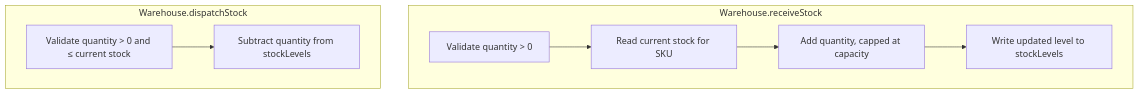
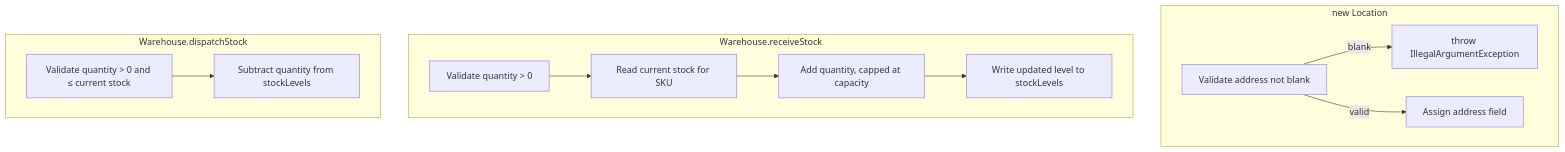
One commit to nichom01/GitHub-bob-demo changed the diagram in docs/diagrams/workflow.md. Above: the diagram before and after it, drawn with Mermaid. The commit also changed 2 other files, not shown here.

Commit message:
docs: auto-update release notes and diagrams via Bob

````diff
--- a/docs/diagrams/workflow.md
+++ b/docs/diagrams/workflow.md
@@ -3,12 +3,17 @@
 ```mermaid
 flowchart TD
+    subgraph locationNew[new Location]
+        L1[Validate address not blank] -->|blank| L2[throw IllegalArgumentException]
+        L1 -->|valid| L3[Assign address field]
+    end
+
     subgraph receiveStock[Warehouse.receiveStock]
         RS1[Validate quantity > 0] --> RS2[Read current stock for SKU]
         RS2 --> RS3[Add quantity, capped at capacity]
         RS3 --> RS4[Write updated level to stockLevels]
     end
 
     subgraph dispatchStock[Warehouse.dispatchStock]
         DS1[Validate quantity > 0 and ≤ current stock] --> DS2[Subtract quantity from stockLevels]
     end
 ```
````
